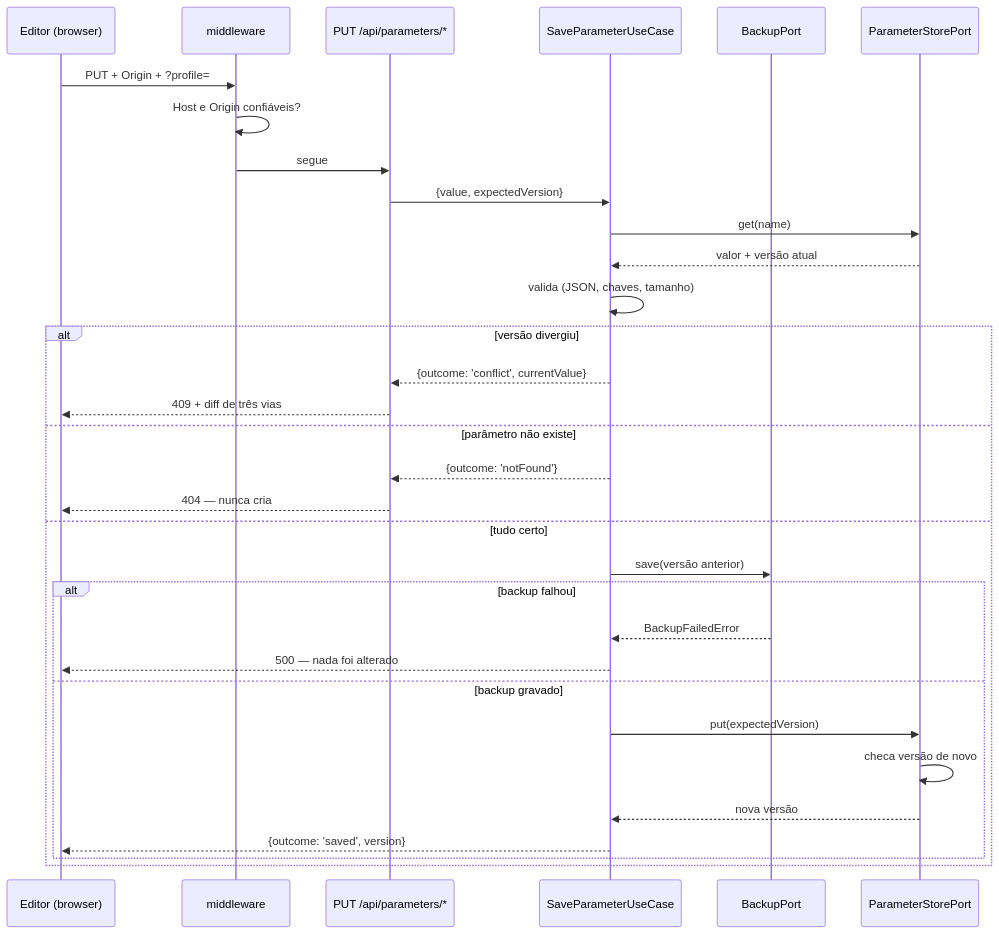
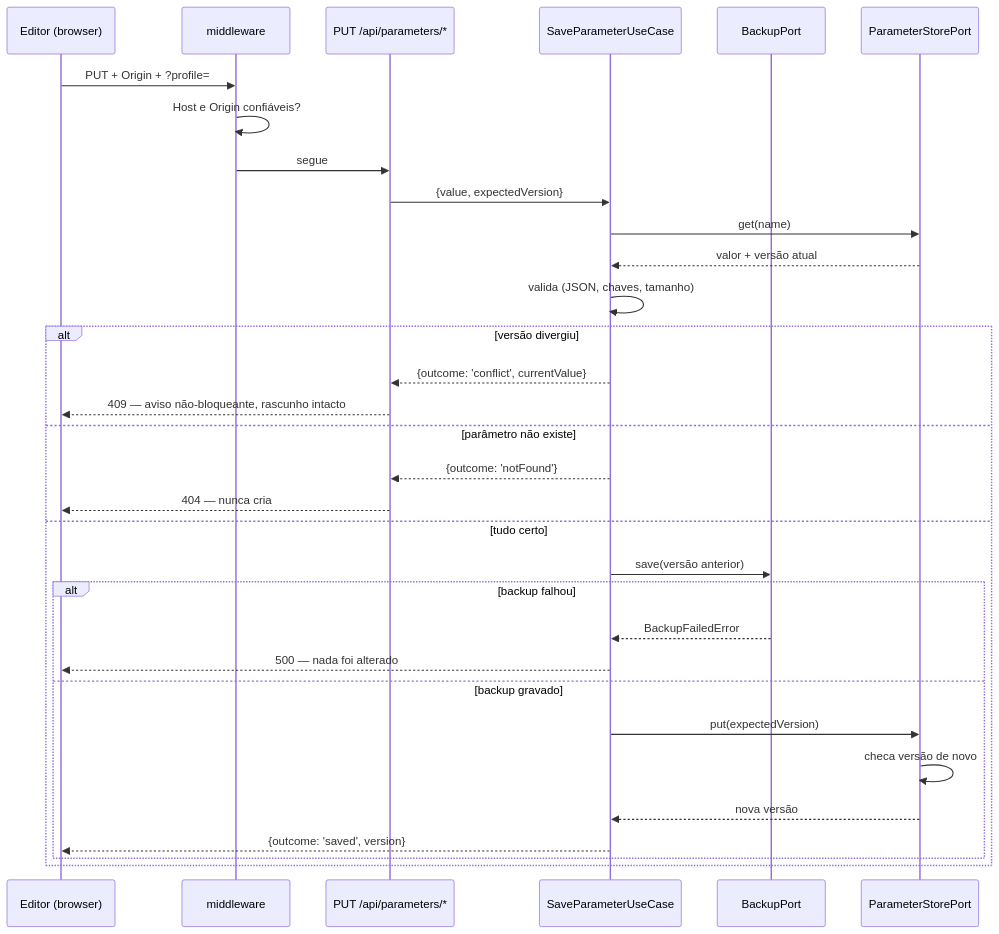
One commit to hiagors/ssm-config-panel changed the second of 5 diagrams in docs/architecture.md. Above: the diagram before and after it, drawn with Mermaid. The commit also changed other lines of this file and 31 other files, not shown here.

````diff
--- a/docs/architecture.md
+++ b/docs/architecture.md
@@ -73,35 +75,35 @@
 ```mermaid
 sequenceDiagram
   participant U as Editor (browser)
   participant M as middleware
   participant R as PUT /api/parameters/*
   participant S as SaveParameterUseCase
   participant B as BackupPort
   participant P as ParameterStorePort
 
   U->>M: PUT + Origin + ?profile=
   M->>M: Host e Origin confiáveis?
   M->>R: segue
   R->>S: {value, expectedVersion}
   S->>P: get(name)
   P-->>S: valor + versão atual
   S->>S: valida (JSON, chaves, tamanho)
   alt versão divergiu
     S-->>R: {outcome: 'conflict', currentValue}
-    R-->>U: 409 + diff de três vias
+    R-->>U: 409 — aviso não-bloqueante, rascunho intacto
   else parâmetro não existe
     S-->>R: {outcome: 'notFound'}
     R-->>U: 404 — nunca cria
   else tudo certo
     S->>B: save(versão anterior)
     alt backup falhou
       B-->>S: BackupFailedError
       S-->>U: 500 — nada foi alterado
     else backup gravado
       S->>P: put(expectedVersion)
       P->>P: checa versão de novo
       P-->>S: nova versão
       S-->>U: {outcome: 'saved', version}
     end
   end
 ```
````
